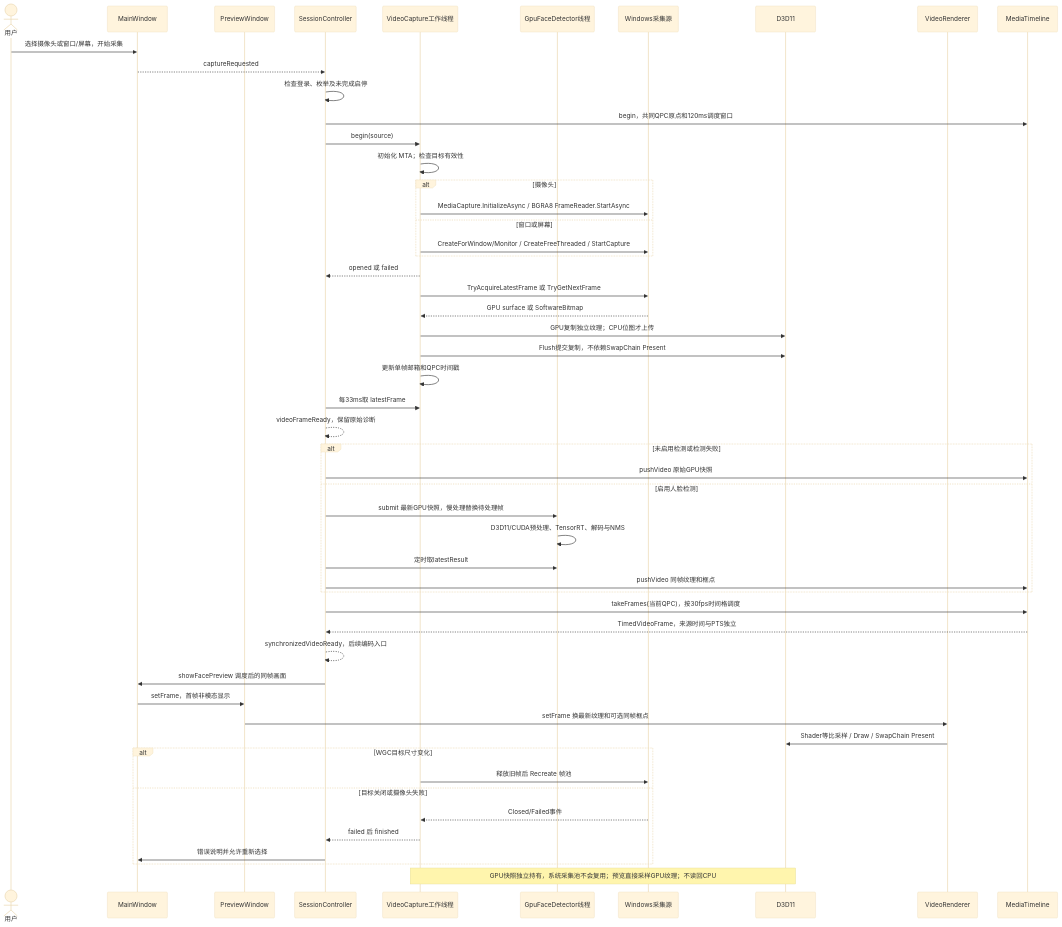
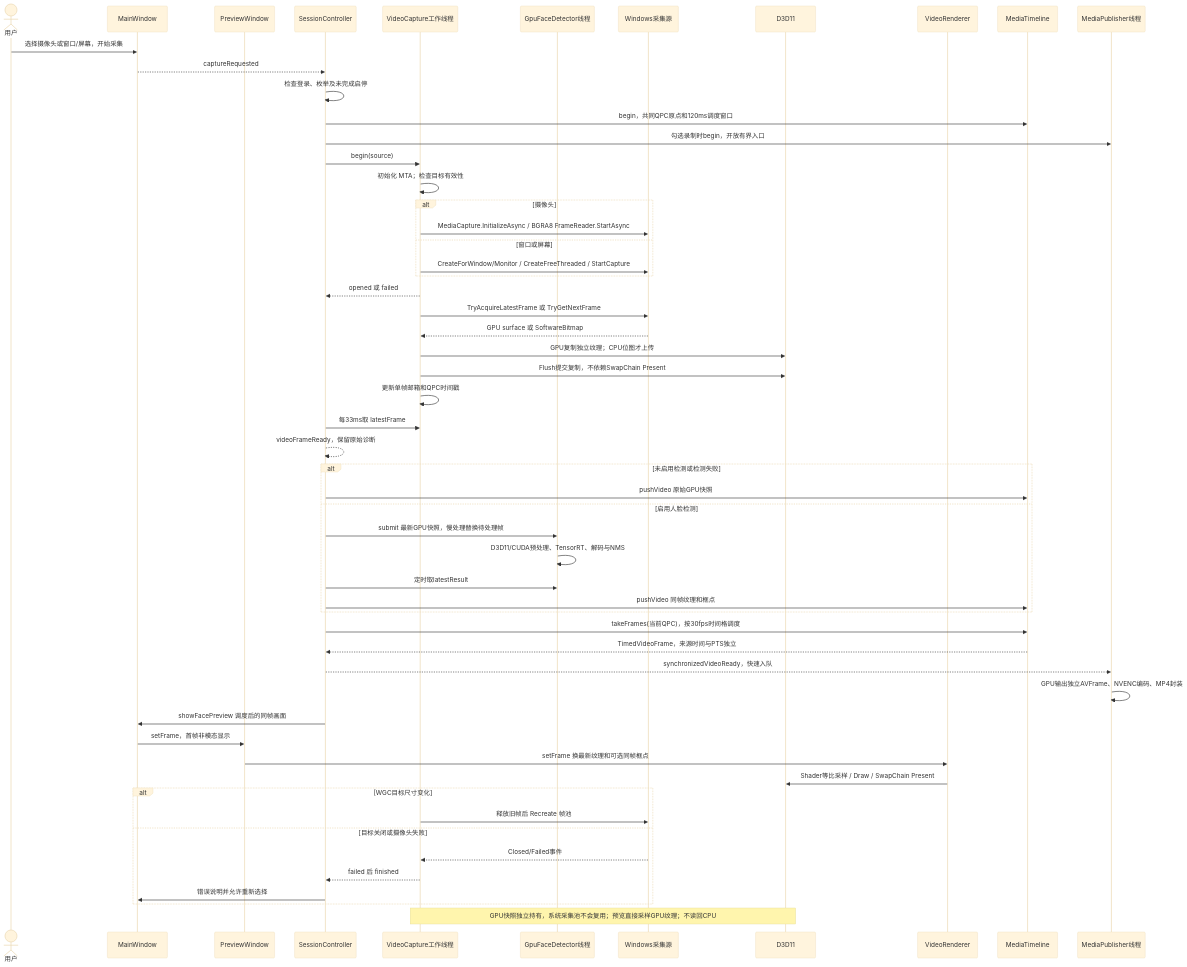
One commit to kingsman-svg/OBS changed the diagram in docs/uml/capture-video.mmd. Above: the diagram before and after it, drawn with Mermaid (base theme). The commit also changed 40 other files, not shown here.

```diff
--- a/docs/uml/capture-video.mmd
+++ b/docs/uml/capture-video.mmd
@@ -1,53 +1,56 @@
 sequenceDiagram
 actor U as 用户
 participant V as MainWindow
 participant P as PreviewWindow
 participant C as SessionController
 participant W as VideoCapture工作线程
 participant F as GpuFaceDetector线程
 participant S as Windows采集源
 participant G as D3D11
 participant R as VideoRenderer
 participant T as MediaTimeline
+participant E as MediaPublisher线程
 U->>V: 选择摄像头或窗口/屏幕，开始采集
 V-->>C: captureRequested
 C->>C: 检查登录、枚举及未完成启停
 C->>T: begin，共同QPC原点和120ms调度窗口
+C->>E: 勾选录制时begin，开放有界入口
 C->>W: begin(source)
 W->>W: 初始化 MTA；检查目标有效性
 alt 摄像头
 W->>S: MediaCapture.InitializeAsync / BGRA8 FrameReader.StartAsync
 else 窗口或屏幕
 W->>S: CreateForWindow/Monitor / CreateFreeThreaded / StartCapture
 end
 W-->>C: opened 或 failed
 W->>S: TryAcquireLatestFrame 或 TryGetNextFrame
 S-->>W: GPU surface 或 SoftwareBitmap
 W->>G: GPU复制独立纹理；CPU位图才上传
 W->>G: Flush提交复制，不依赖SwapChain Present
 W->>W: 更新单帧邮箱和QPC时间戳
 C->>W: 每33ms取 latestFrame
 C-->>C: videoFrameReady，保留原始诊断
 alt 未启用检测或检测失败
 C->>T: pushVideo 原始GPU快照
 else 启用人脸检测
 C->>F: submit 最新GPU快照，慢处理替换待处理帧
 F->>F: D3D11/CUDA预处理、TensorRT、解码与NMS
 C->>F: 定时取latestResult
 C->>T: pushVideo 同帧纹理和框点
 end
 C->>T: takeFrames(当前QPC)，按30fps时间格调度
 T-->>C: TimedVideoFrame，来源时间与PTS独立
-C-->>C: synchronizedVideoReady，后续编码入口
+C-->>E: synchronizedVideoReady，快速入队
+E->>E: GPU输出独立AVFrame、NVENC编码、MP4封装
 C->>V: showFacePreview 调度后的同帧画面
 V->>P: setFrame，首帧非模态显示
 P->>R: setFrame 换最新纹理和可选同帧框点
 R->>G: Shader等比采样 / Draw / SwapChain Present
 alt WGC目标尺寸变化
 W->>S: 释放旧帧后 Recreate 帧池
 else 目标关闭或摄像头失败
 S-->>W: Closed/Failed事件
 W-->>C: failed 后 finished
 C->>V: 错误说明并允许重新选择
 end
 Note over W,G: GPU快照独立持有，系统采集池不会复用；预览直接采样GPU纹理；不读回CPU
```
